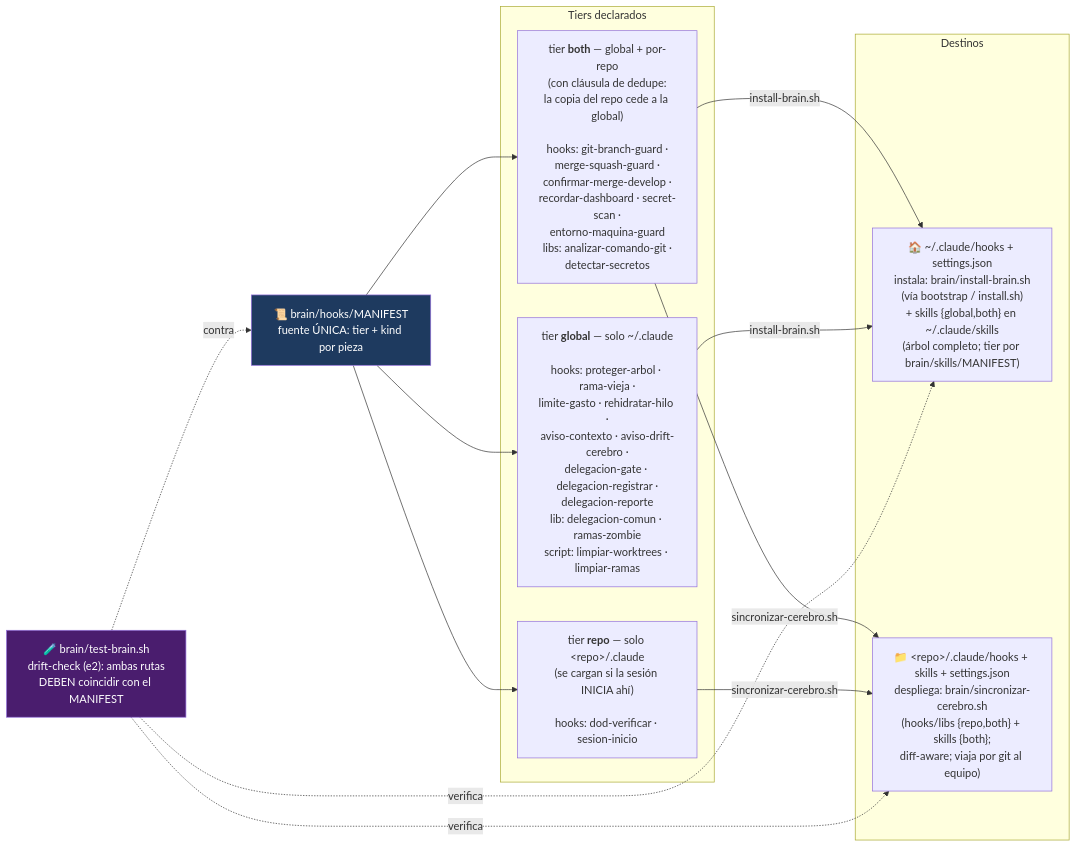
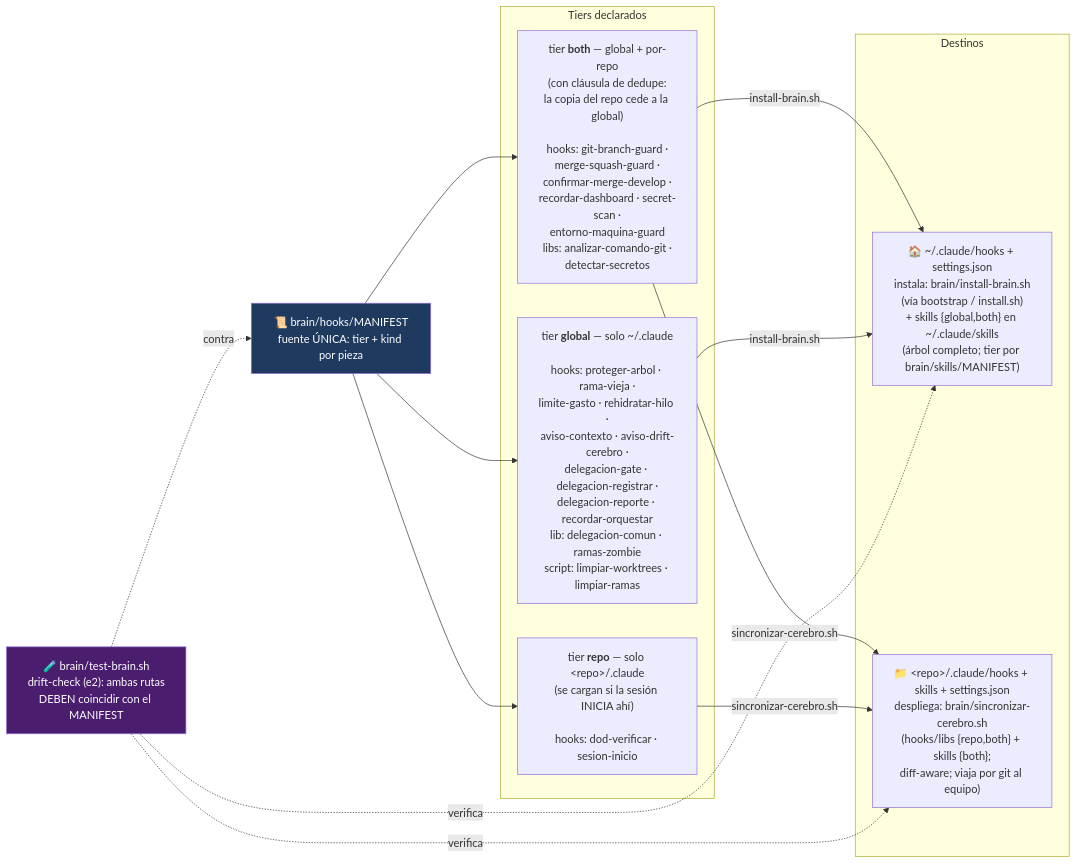
One commit to unjordi/cortex changed the fourth of 4 diagrams in docs/mapa-cerebro.md. Above: the diagram before and after it, drawn with Mermaid. The commit also changed other lines of this file and 11 other files, not shown here.

````diff
--- a/docs/mapa-cerebro.md
+++ b/docs/mapa-cerebro.md
@@ -185,31 +188,31 @@
 ```mermaid
 flowchart LR
     MANIFEST["📜 brain/hooks/MANIFEST<br/>fuente ÚNICA: tier + kind por pieza"]
 
     subgraph tiers["Tiers declarados"]
         BOTH["tier <b>both</b> — global + por-repo<br/>(con cláusula de dedupe:<br/>la copia del repo cede a la global)<br/><br/>hooks: git-branch-guard ·<br/>merge-squash-guard ·<br/>confirmar-merge-develop ·<br/>recordar-dashboard · secret-scan ·<br/>entorno-maquina-guard<br/>libs: analizar-comando-git ·<br/>detectar-secretos"]
-        GLOBAL["tier <b>global</b> — solo ~/.claude<br/><br/>hooks: proteger-arbol · rama-vieja ·<br/>limite-gasto · rehidratar-hilo ·<br/>aviso-contexto · aviso-drift-cerebro ·<br/>delegacion-gate · delegacion-registrar ·<br/>delegacion-reporte<br/>lib: delegacion-comun · ramas-zombie<br/>script: limpiar-worktrees · limpiar-ramas"]
+        GLOBAL["tier <b>global</b> — solo ~/.claude<br/><br/>hooks: proteger-arbol · rama-vieja ·<br/>limite-gasto · rehidratar-hilo ·<br/>aviso-contexto · aviso-drift-cerebro ·<br/>delegacion-gate · delegacion-registrar ·<br/>delegacion-reporte · recordar-orquestar<br/>lib: delegacion-comun · ramas-zombie<br/>script: limpiar-worktrees · limpiar-ramas"]
         REPO["tier <b>repo</b> — solo &lt;repo&gt;/.claude<br/>(se cargan si la sesión INICIA ahí)<br/><br/>hooks: dod-verificar · sesion-inicio"]
     end
 
     subgraph destinos["Destinos"]
         GDIR["🏠 ~/.claude/hooks + settings.json<br/>instala: brain/install-brain.sh<br/>(vía bootstrap / install.sh)<br/>+ skills {global,both} en ~/.claude/skills<br/>(árbol completo; tier por brain/skills/MANIFEST)"]
         RDIR["📁 &lt;repo&gt;/.claude/hooks + skills + settings.json<br/>despliega: brain/sincronizar-cerebro.sh<br/>(hooks/libs {repo,both} + skills {both};<br/>diff-aware; viaja por git al equipo)"]
     end
 
     TEST["🧪 brain/test-brain.sh<br/>drift-check (e2): ambas rutas<br/>DEBEN coincidir con el MANIFEST"]
 
     MANIFEST --> BOTH
     MANIFEST --> GLOBAL
     MANIFEST --> REPO
     BOTH -->|"install-brain.sh"| GDIR
     BOTH -->|"sincronizar-cerebro.sh"| RDIR
     GLOBAL -->|"install-brain.sh"| GDIR
     REPO -->|"sincronizar-cerebro.sh"| RDIR
     TEST -.->|verifica| GDIR
     TEST -.->|verifica| RDIR
     TEST -.->|contra| MANIFEST
 
     style MANIFEST fill:#1e3a5f,color:#fff
     style TEST fill:#4a1d6e,color:#fff
 ```
````
